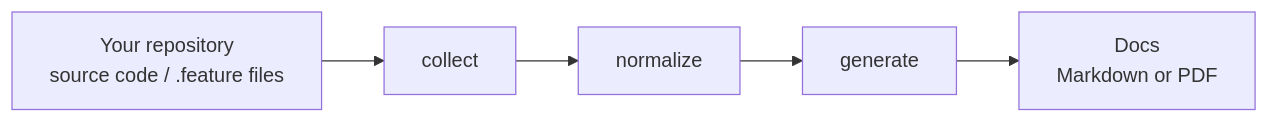
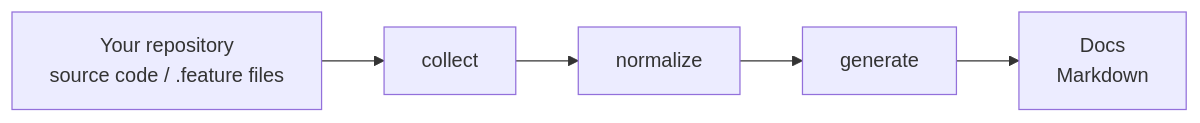
One commit to AbsaOSS/living-doc changed the diagram in docs/introduction/quickstart.md. Above: the diagram before and after it, drawn with Mermaid. The commit also changed other lines of this file and 40 other files, not shown here.

````diff
--- a/docs/introduction/quickstart.md
+++ b/docs/introduction/quickstart.md
@@ -12,4 +28,4 @@
 ```mermaid
 flowchart LR
-    S[Your repository<br/>source code / .feature files] --> C[collect] --> N[normalize] --> G[generate] --> D[Docs<br/>Markdown or PDF]
+    S[Your repository<br/>source code / .feature files] --> C[collect] --> N[normalize] --> G[generate] --> D[Docs<br/>Markdown]
 ```
````
